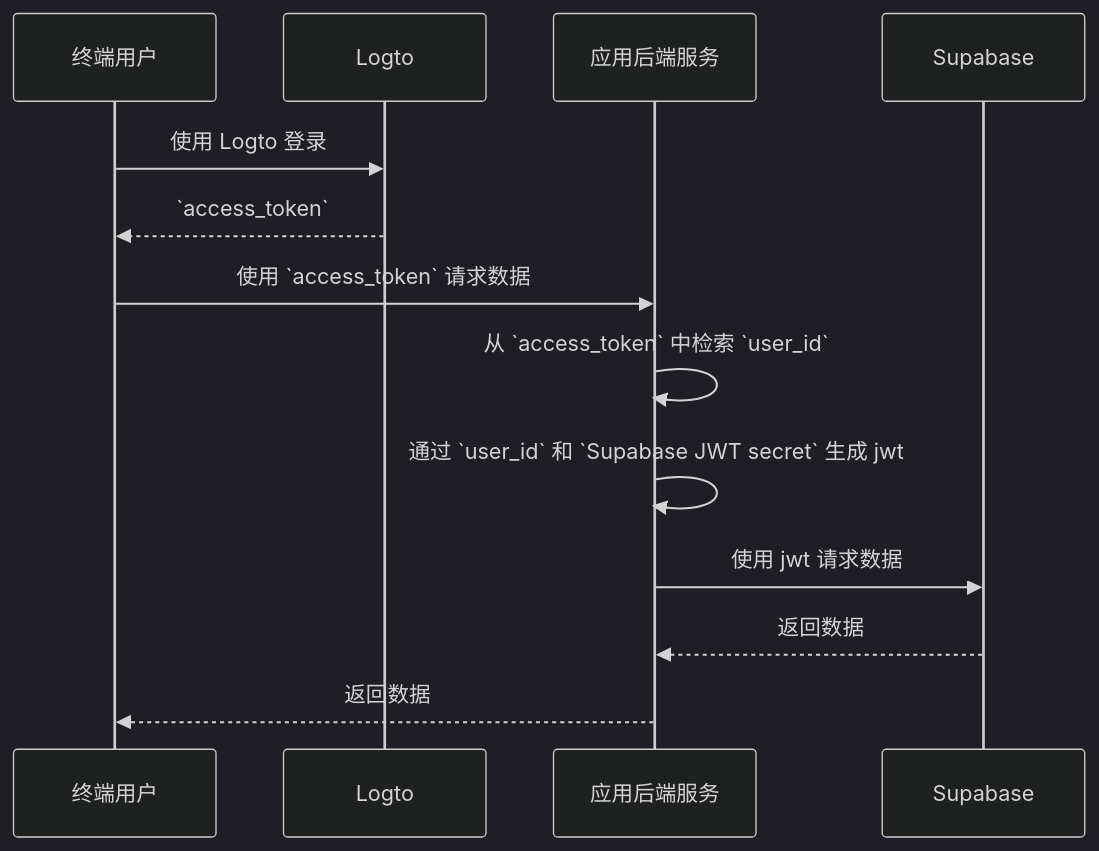
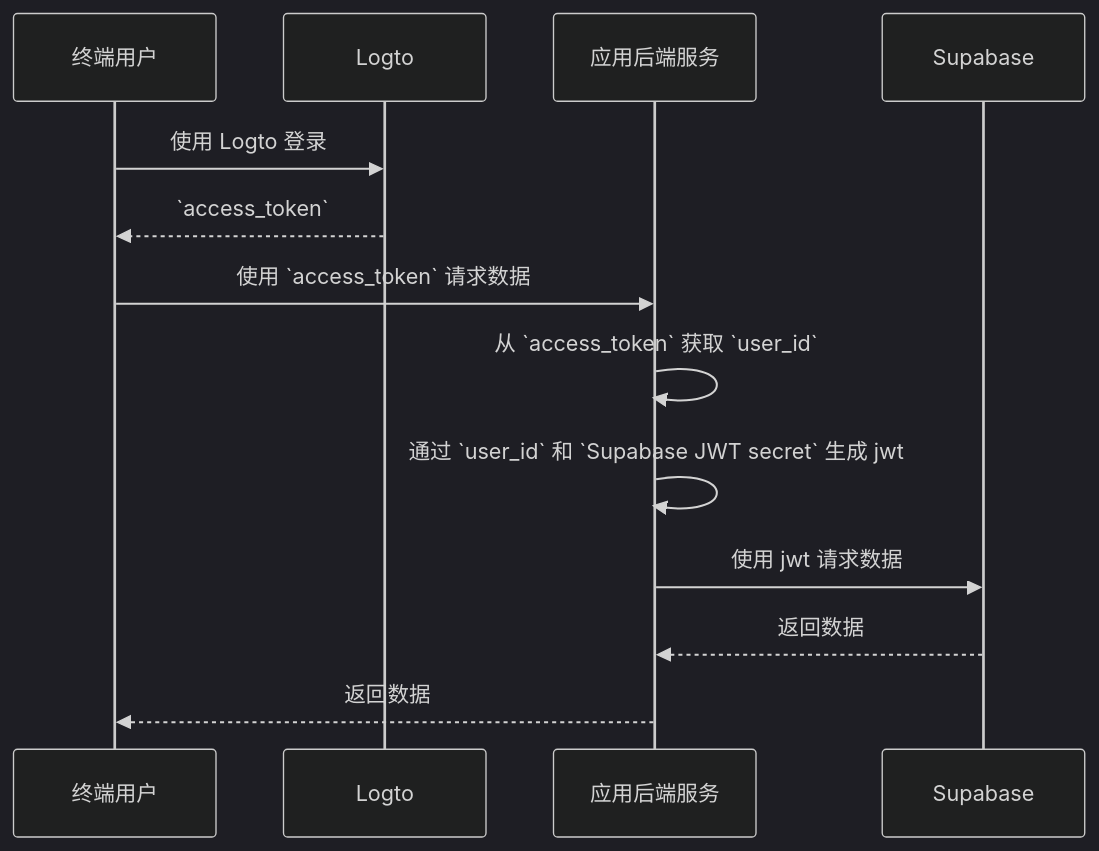
One commit to logto-io/docs changed the diagram in i18n/zh-CN/docusaurus-plugin-content-docs/current/quick-starts/database/supabase/README.mdx. Above: the diagram before and after it, drawn with Mermaid (dark theme). The commit also changed other lines of this file and 357 other files, not shown here.

````diff
--- a/i18n/zh-CN/docusaurus-plugin-content-docs/current/quick-starts/database/supabase/README.mdx
+++ b/i18n/zh-CN/docusaurus-plugin-content-docs/current/quick-starts/database/supabase/README.mdx
@@ -107,16 +107,16 @@
 ```mermaid
 sequenceDiagram
 	Participant U as 终端用户
 	Participant Logto
 	Participant B as 应用后端服务
 	Participant Supabase
 
 	U->>Logto: 使用 Logto 登录
 	Logto-->>U: `access_token`
 	U->>B: 使用 `access_token` 请求数据
-	B->>B: 从 `access_token` 中检索 `user_id`
+	B->>B: 从 `access_token` 获取 `user_id`
 	B->>B: 通过 `user_id` 和 `Supabase JWT secret` 生成 jwt
 	B->>Supabase: 使用 jwt 请求数据
 	Supabase-->>B: 返回数据
 	B-->>U: 返回数据
 ```
````
